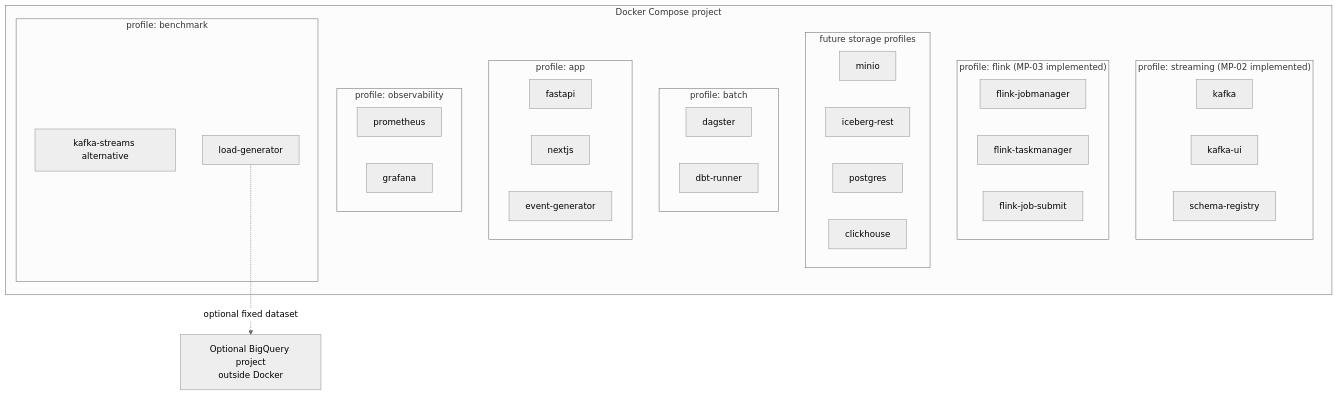
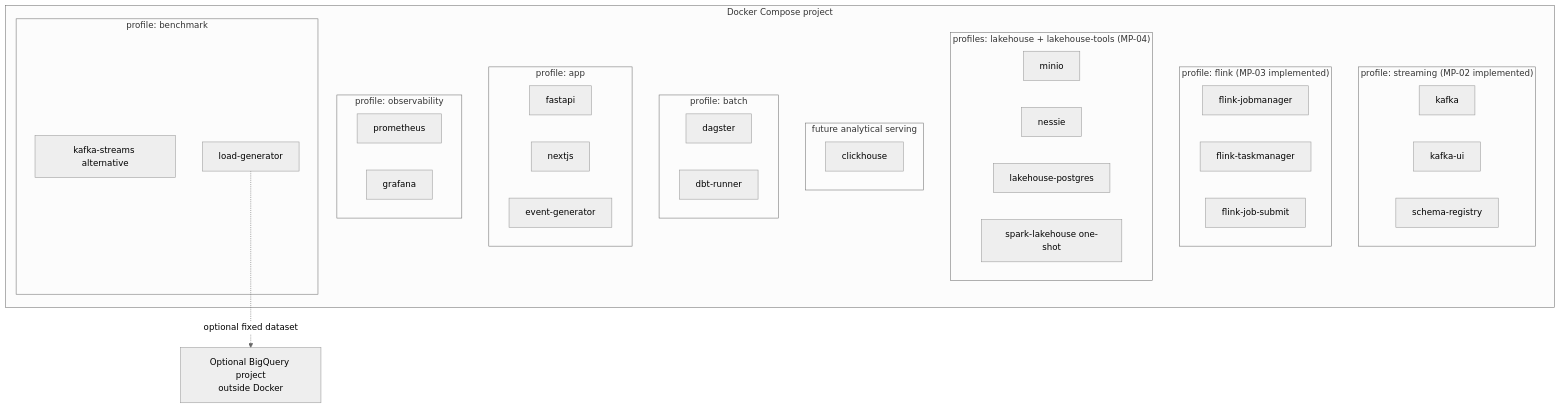
The second of 2 diagrams in docs/architecture/high-level-design.md (huyle1901/marketpulse-360), drawn with Mermaid (neutral theme) before and after one commit. The commit also changed other lines of this file and 44 other files, not shown here.

First line of the commit message:
feat: add reproducible Iceberg lakehouse with local credentials

````diff
--- a/docs/architecture/high-level-design.md
+++ b/docs/architecture/high-level-design.md
@@ -389,47 +513,51 @@
 ```mermaid
 flowchart TB
     subgraph Compose["Docker Compose project"]
         subgraph Core["profile: streaming (MP-02 implemented)"]
             K1["kafka"]
             KU["kafka-ui"]
             SR["schema-registry"]
         end
 
         subgraph Flink["profile: flink (MP-03 implemented)"]
             FJM["flink-jobmanager"]
             FTM["flink-taskmanager"]
             FS["flink-job-submit"]
         end
 
-        subgraph FutureStorage["future storage profiles"]
+        subgraph Lakehouse["profiles: lakehouse + lakehouse-tools (MP-04)"]
             MI["minio"]
-            IC["iceberg-rest"]
-            PG["postgres"]
+            NS["nessie"]
+            PG["lakehouse-postgres"]
+            SPL["spark-lakehouse one-shot"]
+        end
+
+        subgraph FutureServing["future analytical serving"]
             CH["clickhouse"]
         end
 
         subgraph Batch["profile: batch"]
             DG["dagster"]
             DBT2["dbt-runner"]
         end
 
         subgraph App["profile: app"]
             BE["fastapi"]
             FE["nextjs"]
             EG["event-generator"]
         end
 
         subgraph Observe["profile: observability"]
             PR["prometheus"]
             GR["grafana"]
         end
 
         subgraph Benchmark["profile: benchmark"]
             SP["kafka-streams alternative"]
             LOAD["load-generator"]
         end
     end
 
     BQ["Optional BigQuery project<br/>outside Docker"]
     LOAD -. optional fixed dataset .-> BQ
 ```
````
